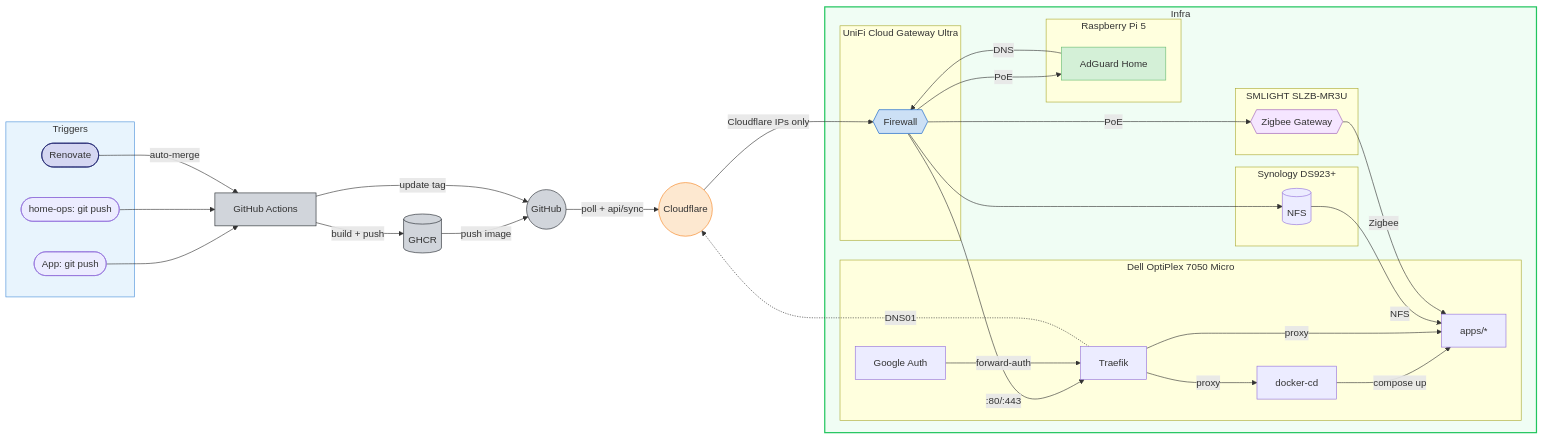
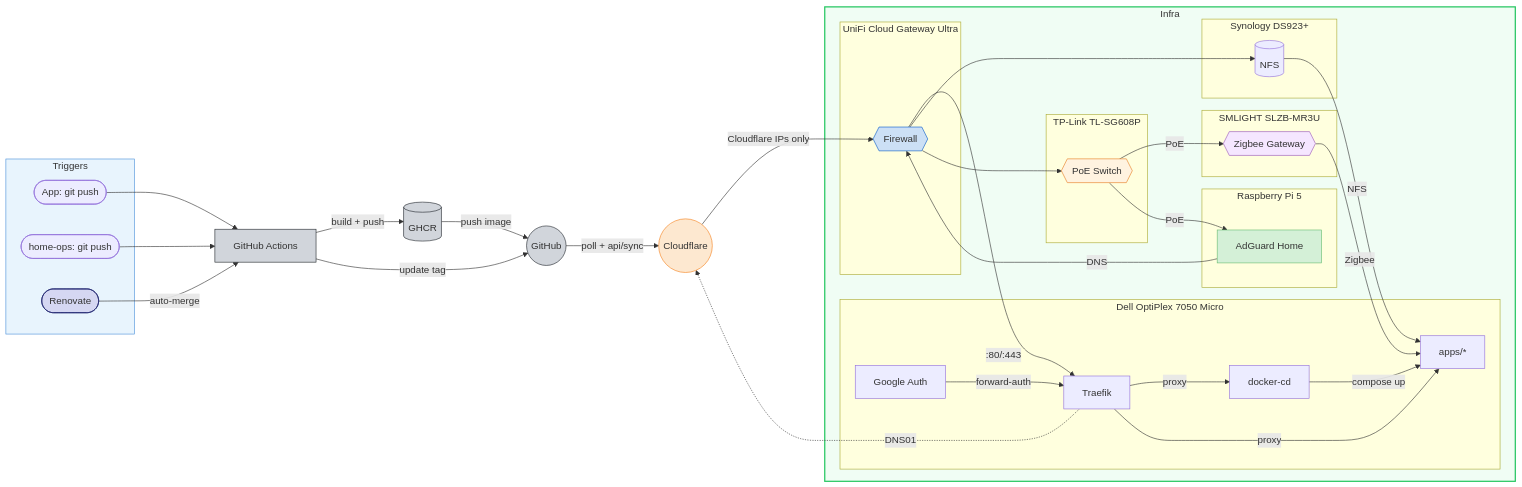
Before and after one commit to wajeht/home-ops: the diagram in README.md, drawn with Mermaid.

````diff
--- a/README.md
+++ b/README.md
@@ -16,59 +16,65 @@
 ```mermaid
 flowchart LR
     subgraph triggers[Triggers]
         app_push([App: git push])
         ops_push([home-ops: git push])
         renovate([Renovate])
     end
 
     app_push --> ci[GitHub Actions] -->|build + push| ghcr[(GHCR)]
     ghcr -->|push image| github((GitHub))
     ci -->|update tag| github
     ops_push --> ci
     renovate -->|auto-merge| ci
     github -->|poll + api/sync | cf((Cloudflare)) -->|Cloudflare IPs only| unifi -->|:80/:443| traefik -->|proxy| docker_cd
 
     subgraph infra[Infra]
         subgraph dell[Dell OptiPlex 7050 Micro]
             docker_cd[docker-cd] -->|compose up| apps[apps/*]
             traefik[Traefik] -->|proxy| apps
             google_auth[Google Auth] -->|forward-auth| traefik
         end
 
         subgraph nas[Synology DS923+]
             nfs[(NFS)]
         end
 
         subgraph ucg[UniFi Cloud Gateway Ultra]
             unifi{{Firewall}}
         end
 
         subgraph pi[Raspberry Pi 5]
             adguard[AdGuard Home]
         end
 
         subgraph slzb[SMLIGHT SLZB-MR3U]
             zigbee{{Zigbee Gateway}}
         end
 
+        subgraph tplink[TP-Link TL-SG608P]
+            poe{{PoE Switch}}
+        end
+
         nfs -->|NFS| apps
         adguard -->|DNS| unifi
         unifi --> nfs
-        unifi -->|PoE| zigbee
-        unifi -->|PoE| adguard
+        unifi --> poe
+        poe -->|PoE| zigbee
+        poe -->|PoE| adguard
         zigbee -->|Zigbee| apps
     end
 
     traefik -.->|DNS01| cf
 
     style triggers fill:#e8f4fd,stroke:#4a90d9
     style infra fill:#f0fdf4,stroke:#22c55e,stroke-width:2px
     style cf fill:#fde8d0,stroke:#f6821f,color:#333
     style github fill:#d1d5db,stroke:#24292e,color:#333
     style ghcr fill:#d1d5db,stroke:#24292e,color:#333
     style ci fill:#d1d5db,stroke:#24292e,color:#333
     style renovate fill:#d5d7f2,stroke:#1a1f6c,color:#333
     style adguard fill:#d4f0d7,stroke:#68bc71,color:#333
     style unifi fill:#cce0f5,stroke:#0559c9,color:#333
     style zigbee fill:#f5e6ff,stroke:#9b59b6,color:#333
+    style poe fill:#fff3e0,stroke:#e67e22,color:#333
 ```
````
